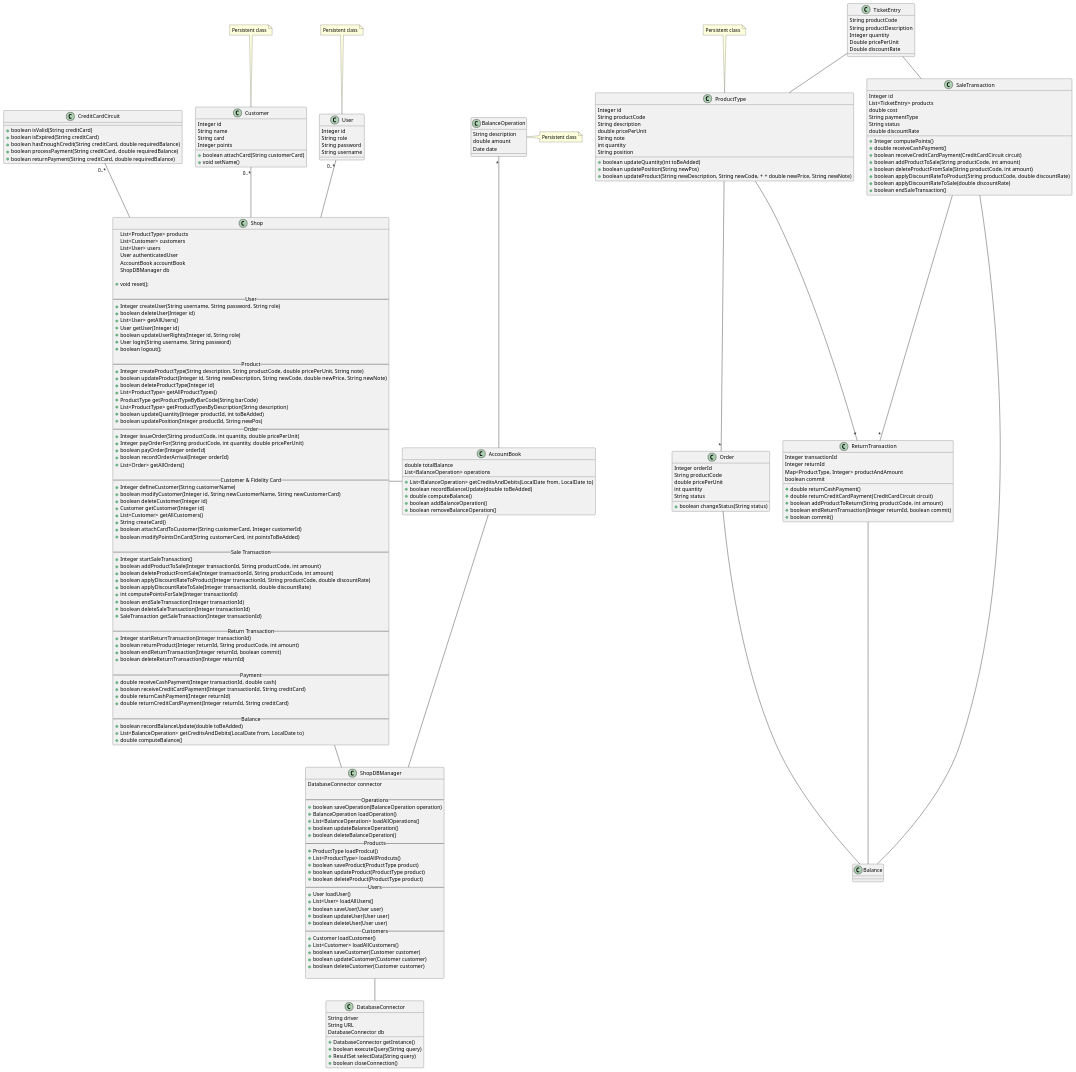
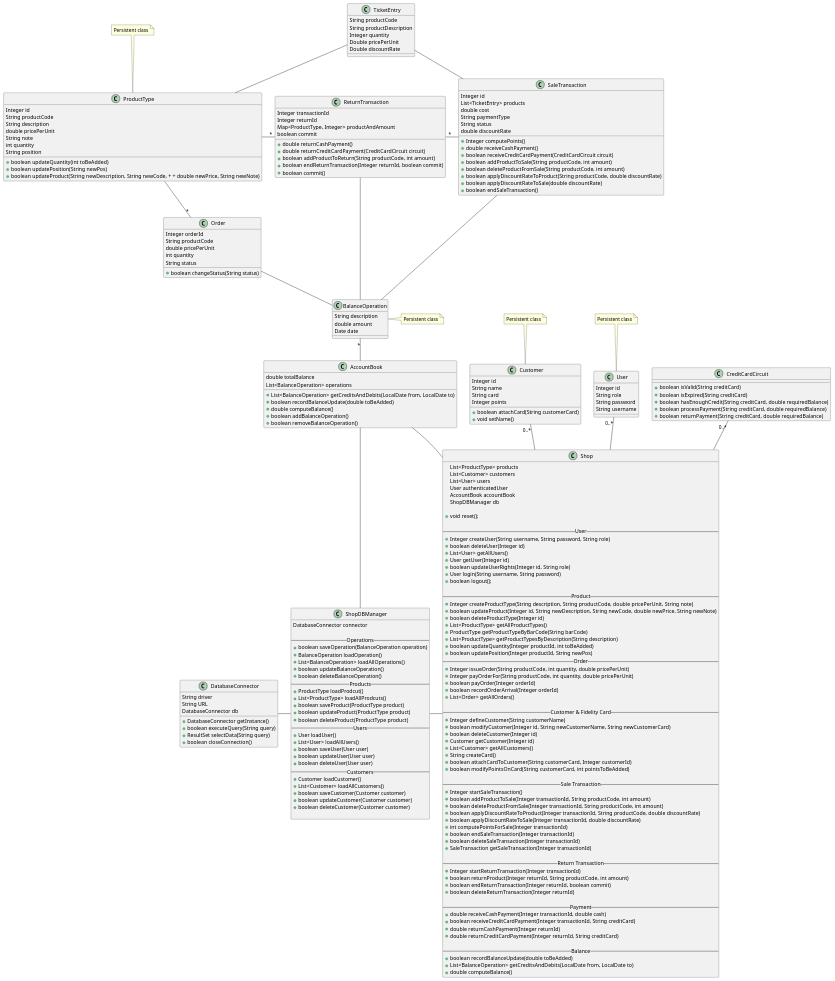
Before and after one commit to Ralls0/ezshop: the second of 9 diagrams in Deliverables/DesignDocument.md, drawn with PlantUML.

Commit message:
Modify Design Document

```diff
--- a/Deliverables/DesignDocument.md
+++ b/Deliverables/DesignDocument.md
@@ -280,9 +280,9 @@
 
 }
 
-SaleTransaction -- Balance
+SaleTransaction -- BalanceOperation
 
-AccountBook -up Shop
+AccountBook -- Shop
 AccountBook --up "*" BalanceOperation
 
 CreditCardCircuit "0..*"-- Shop
@@ -290,18 +290,18 @@
 Customer "0..*"-- Shop
 
 Order "*" --up  ProductType
-Order --  Balance
+Order --  BalanceOperation
 
 TicketEntry --down SaleTransaction
 TicketEntry --down ProductType
 
-ReturnTransaction "*" --up SaleTransaction
-ReturnTransaction "*" --up ProductType
-ReturnTransaction -- Balance
+ReturnTransaction "*" --right SaleTransaction
+ReturnTransaction "*" --left ProductType
+ReturnTransaction -- BalanceOperation
 
-ShopDBManager --left AccountBook
-ShopDBManager --up Shop
-ShopDBManager -- DatabaseConnector
+ShopDBManager --up AccountBook
+ShopDBManager --right Shop
+ShopDBManager --left DatabaseConnector
 
 User "0..*" -- Shop
 
```
